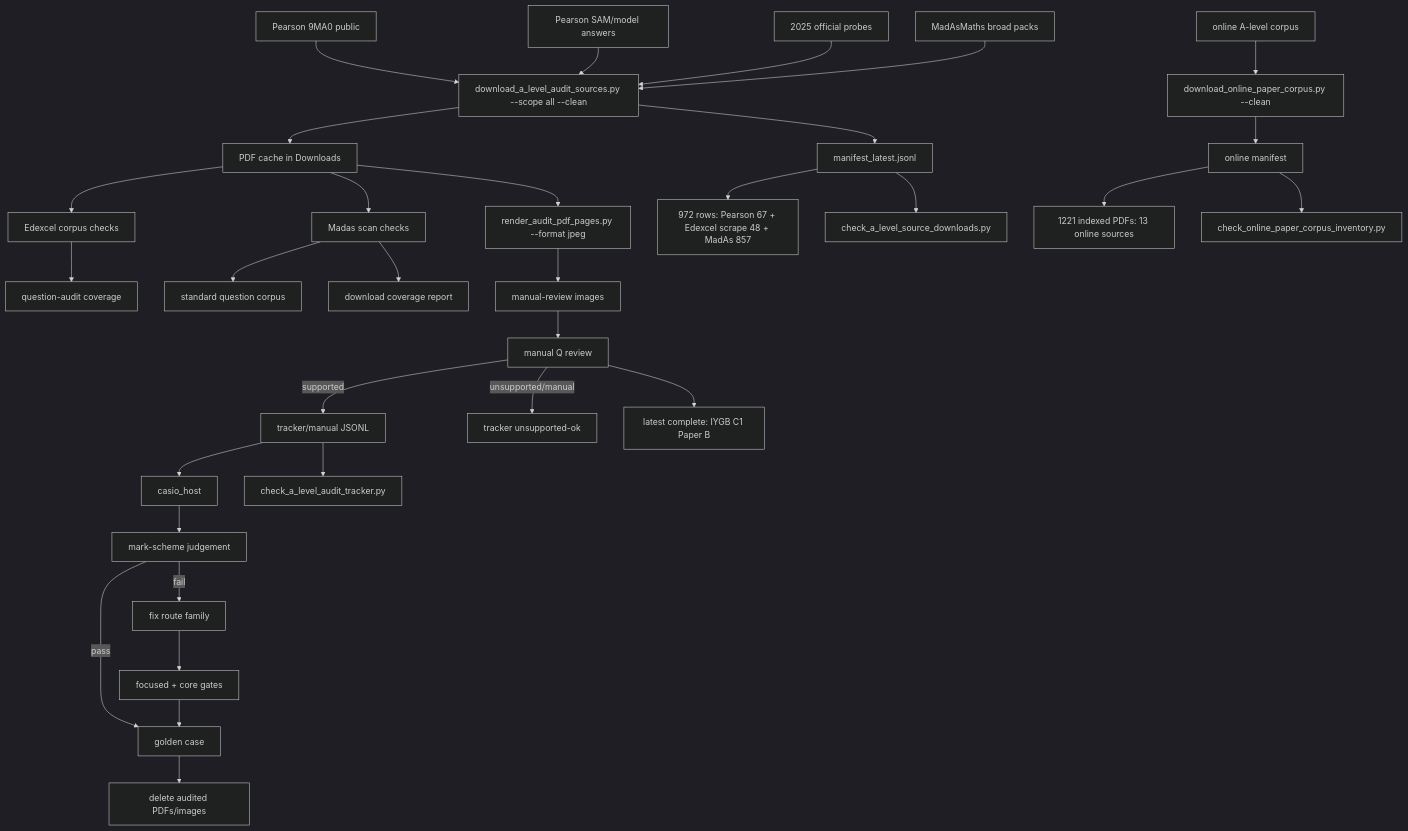
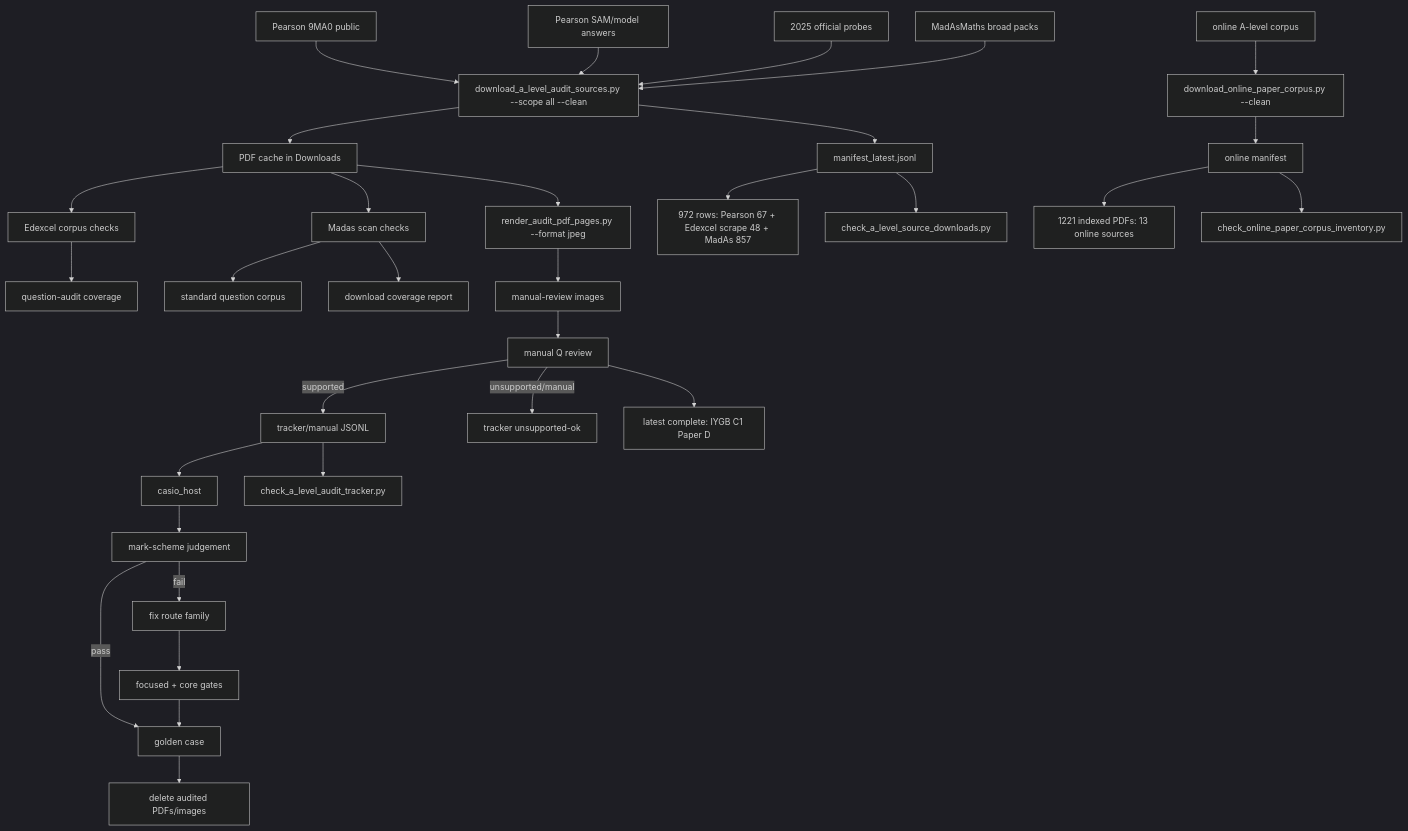
The diagram in c++/tools/golden/a_level_audit_graph.md (james8464/notes-addin-casio-fx-cg50), drawn with Mermaid (dark theme) before and after one commit. The commit also changed other lines of this file and 2 other files, not shown here.

Commit message:
Audit IYGB C1 Paper D

````diff
--- a/c++/tools/golden/a_level_audit_graph.md
+++ b/c++/tools/golden/a_level_audit_graph.md
@@ -3,34 +3,34 @@
 ```mermaid
 graph TD
   E1["Pearson 9MA0 public"] --> D["download_a_level_audit_sources.py --scope all --clean"]
   E2["Pearson SAM/model answers"] --> D
   E3["2025 official probes"] --> D
   M1["MadAsMaths broad packs"] --> D
   O1["online A-level corpus"] --> OD["download_online_paper_corpus.py --clean"]
   D --> P["PDF cache in Downloads"]
   D --> X["manifest_latest.jsonl"]
   OD --> OX["online manifest"]
   X --> XC["972 rows: Pearson 67 + Edexcel scrape 48 + MadAs 857"]
   OX --> OC["1221 indexed PDFs: 13 online sources"]
   X --> V["check_a_level_source_downloads.py"]
   OX --> OV["check_online_paper_corpus_inventory.py"]
   P --> E["Edexcel corpus checks"]
   E --> EQ["question-audit coverage"]
   P --> S["Madas scan checks"]
   S --> M["standard question corpus"]
   S --> MC["download coverage report"]
   P --> R["render_audit_pdf_pages.py --format jpeg"]
   R --> I["manual-review images"]
   I --> Q["manual Q review"]
   Q -->|supported| J["tracker/manual JSONL"]
   Q -->|unsupported/manual| U["tracker unsupported-ok"]
   J --> H["casio_host"]
   J --> K["check_a_level_audit_tracker.py"]
   H --> C["mark-scheme judgement"]
   C -->|pass| G["golden case"]
   C -->|fail| F["fix route family"]
   F --> T["focused + core gates"]
   T --> G
   G --> Z["delete audited PDFs/images"]
-  Q --> Qt["latest complete: IYGB C1 Paper B"]
+  Q --> Qt["latest complete: IYGB C1 Paper D"]
 ```
````
